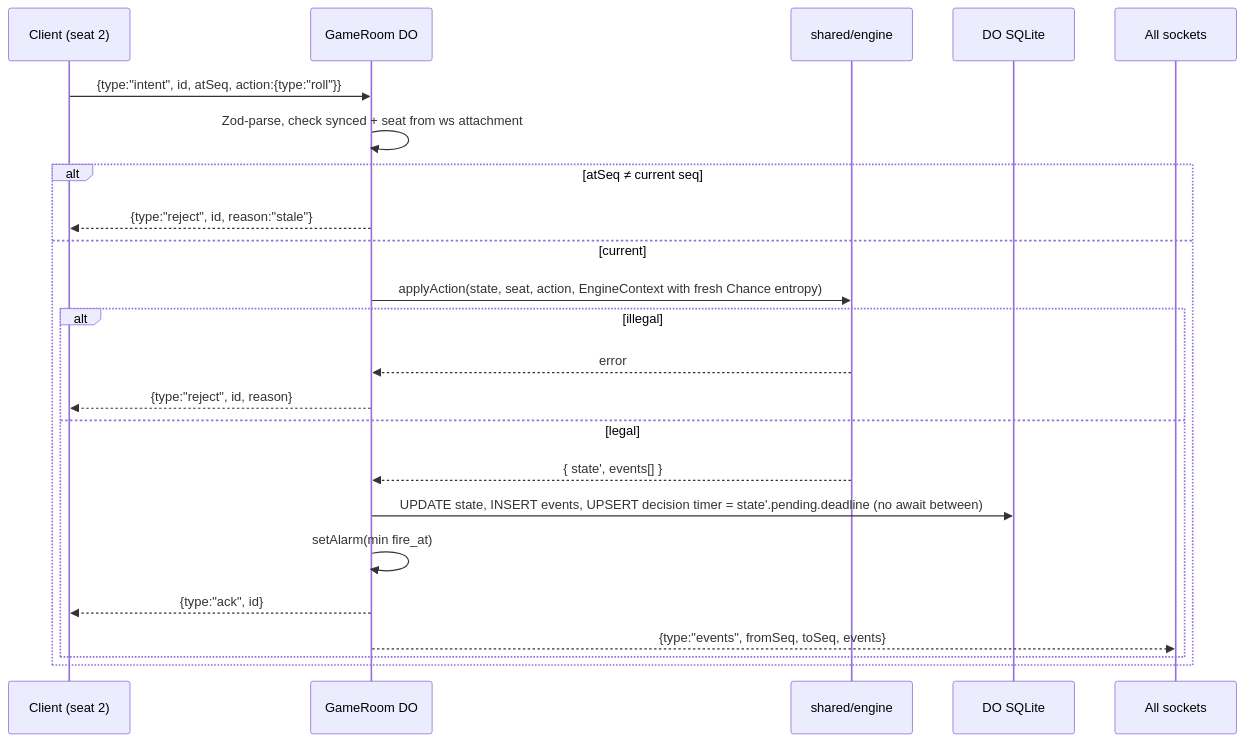
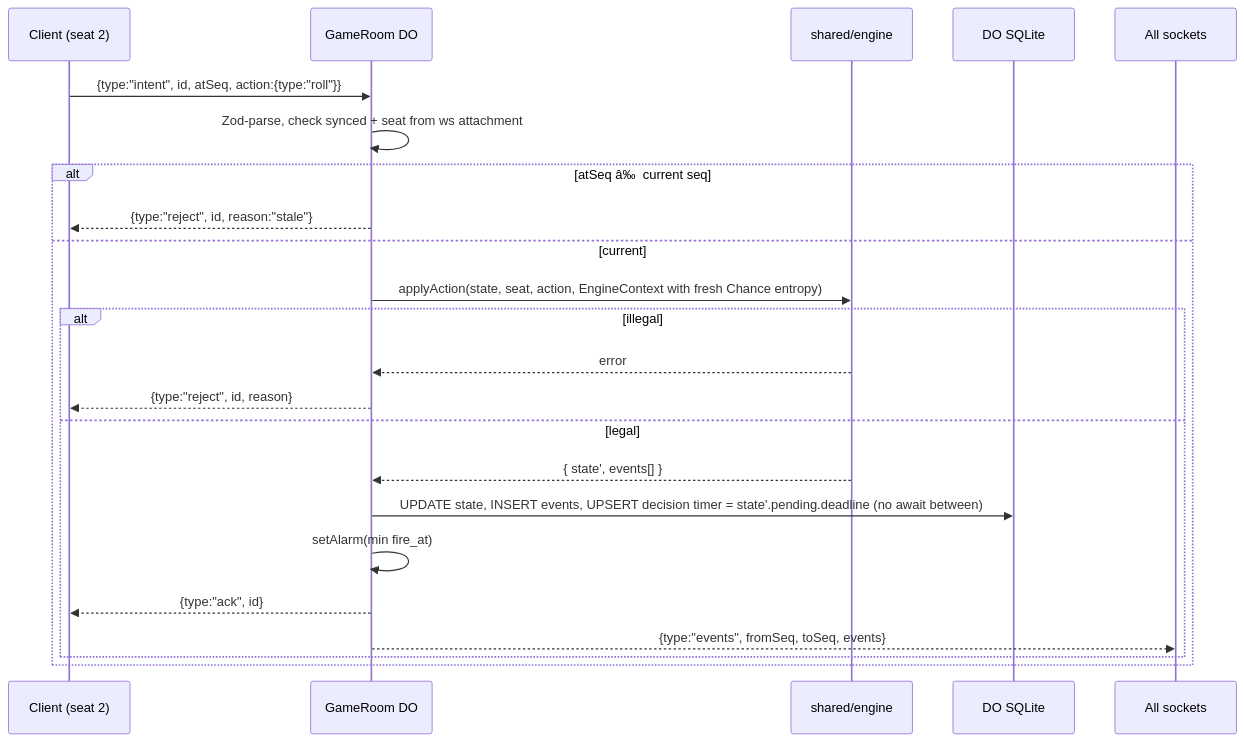
The third of 3 diagrams in docs/ARCHITECTURE.md (Rusutsu-Studios/Polytour), drawn with Mermaid before and after one commit. The commit also changed other lines of this file and 8 other files, not shown here.

````diff
--- a/docs/ARCHITECTURE.md
+++ b/docs/ARCHITECTURE.md
@@ -305,26 +307,26 @@
 ```mermaid
 sequenceDiagram
   participant C as Client (seat 2)
   participant DO as GameRoom DO
   participant E as shared/engine
   participant S as DO SQLite
   participant All as All sockets
 
   C->>DO: {type:"intent", id, atSeq, action:{type:"roll"}}
   DO->>DO: Zod-parse, check synced + seat from ws attachment
-  alt atSeq ≠ current seq
+  alt atSeq â‰  current seq
     DO-->>C: {type:"reject", id, reason:"stale"}
   else current
     DO->>E: applyAction(state, seat, action, EngineContext with fresh Chance entropy)
     alt illegal
       E-->>DO: error
       DO-->>C: {type:"reject", id, reason}
     else legal
       E-->>DO: { state', events[] }
       DO->>S: UPDATE state, INSERT events, UPSERT decision timer = state'.pending.deadline (no await between)
       DO->>DO: setAlarm(min fire_at)
       DO-->>C: {type:"ack", id}
       DO-->>All: {type:"events", fromSeq, toSeq, events}
     end
   end
 ```
````
